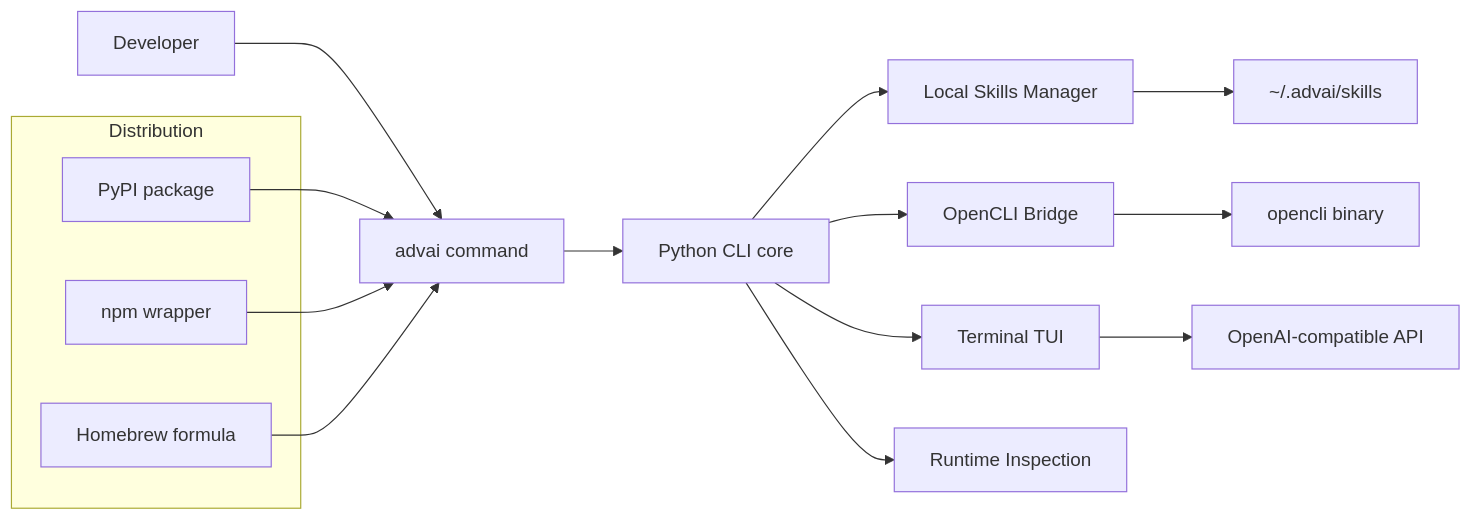
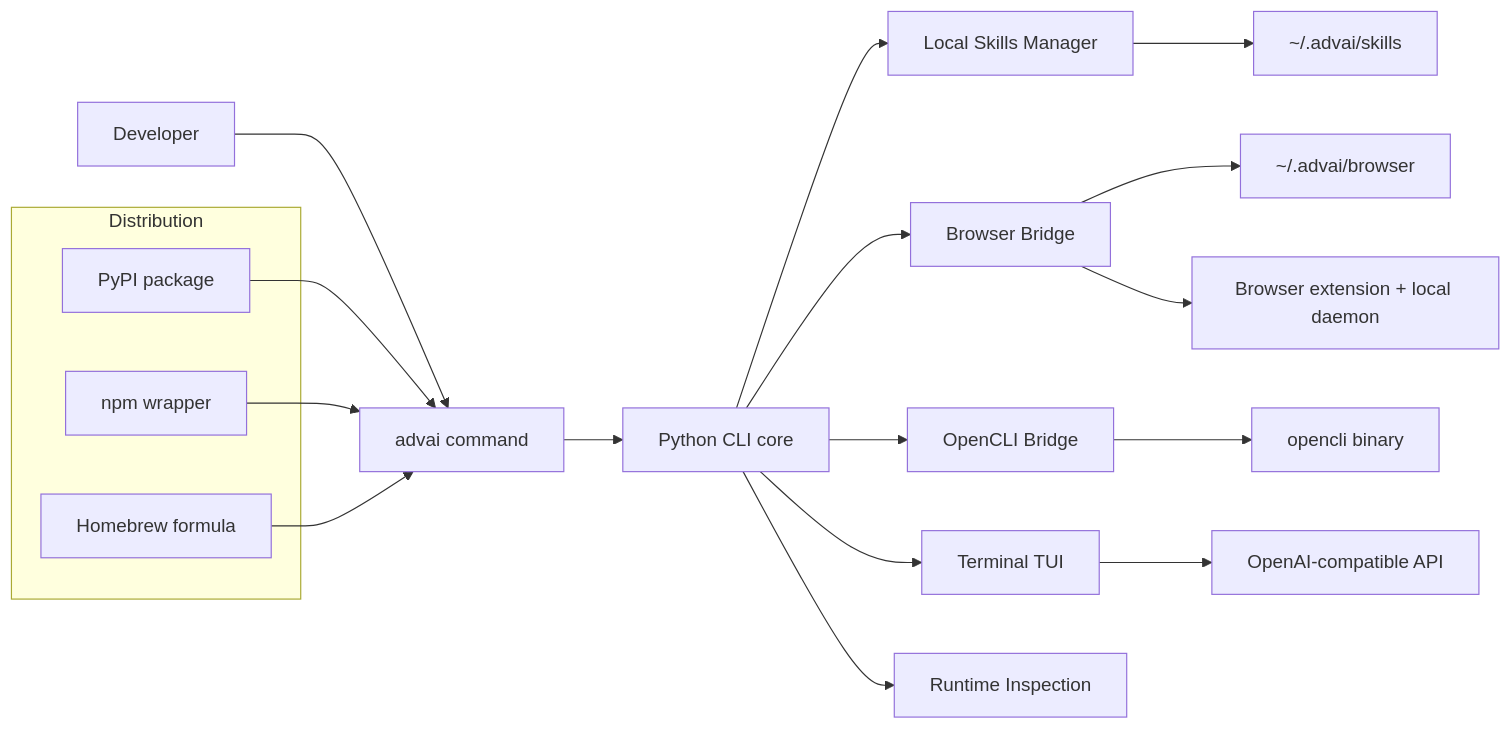
Before and after one commit to Advai-X/advai-cli: the diagram in README.md, drawn with Mermaid. The commit also changed other lines of this file and 7 other files, not shown here.

````diff
--- a/README.md
+++ b/README.md
@@ -55,24 +58,27 @@
 ```mermaid
 flowchart LR
     U[Developer] --> A[advai command]
 
     subgraph Distribution
         P[PyPI package]
         N[npm wrapper]
         B[Homebrew formula]
     end
 
     P --> A
     N --> A
     B --> A
 
     A --> C[Python CLI core]
     C --> S[Local Skills Manager]
+    C --> BB[Browser Bridge]
     C --> O[OpenCLI Bridge]
     C --> T[Terminal TUI]
     C --> I[Runtime Inspection]
 
     S --> FS[~/.advai/skills]
+    BB --> BSD[~/.advai/browser]
+    BB --> EXT[Browser extension + local daemon]
     T --> API[OpenAI-compatible API]
     O --> OC[opencli binary]
 ```
````
